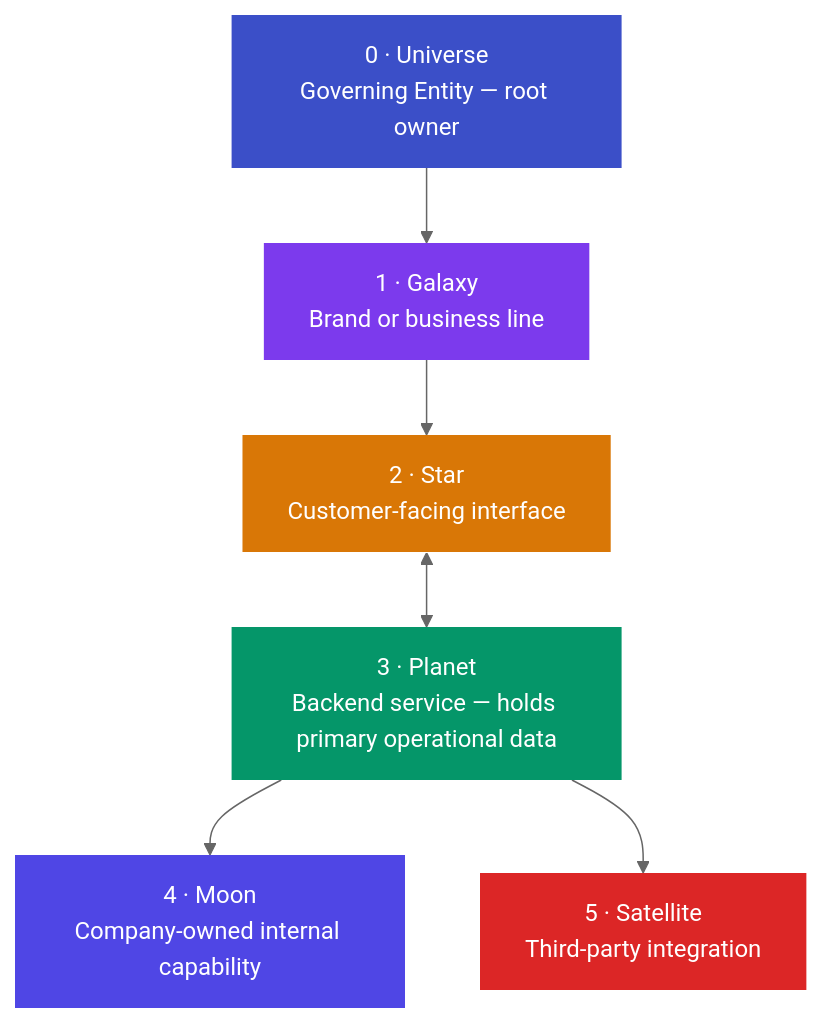
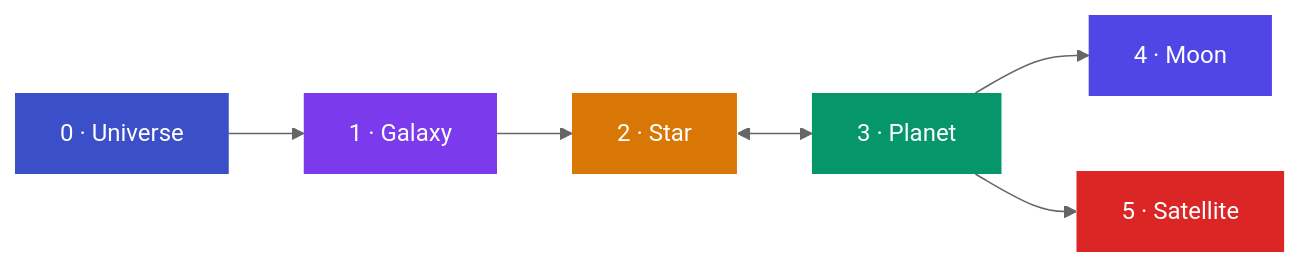
Before and after one commit to jwogrady/leboss: the diagram in README.md, drawn with Mermaid (neutral theme). The commit also changed other lines of this file, not shown here.

Commit message:
docs(readme): clean up Mermaid diagram — horizontal layout, element table

````diff
--- a/README.md
+++ b/README.md
@@ -38,22 +38,20 @@
 ```mermaid
-graph TD
-    U["0 · Universe\nGoverning Entity — root owner"]
-    G["1 · Galaxy\nBrand or business line"]
-    S["2 · Star\nCustomer-facing interface"]
-    P["3 · Planet\nBackend service — holds primary operational data"]
-    M["4 · Moon\nCompany-owned internal capability"]
-    T["5 · Satellite\nThird-party integration"]
+flowchart LR
+    U["0 · Universe"]
+    G["1 · Galaxy"]
+    S["2 · Star"]
+    P["3 · Planet"]
+    M["4 · Moon"]
+    T["5 · Satellite"]
 
-    U --> G
-    G --> S
-    S <--> P
+    U --> G --> S <--> P
     P --> M
     P --> T
 
     style U fill:#3b4fc8,color:#fff,stroke:none
     style G fill:#7c3aed,color:#fff,stroke:none
     style S fill:#d97706,color:#fff,stroke:none
     style P fill:#059669,color:#fff,stroke:none
     style M fill:#4f46e5,color:#fff,stroke:none
     style T fill:#dc2626,color:#fff,stroke:none
 ```
````
